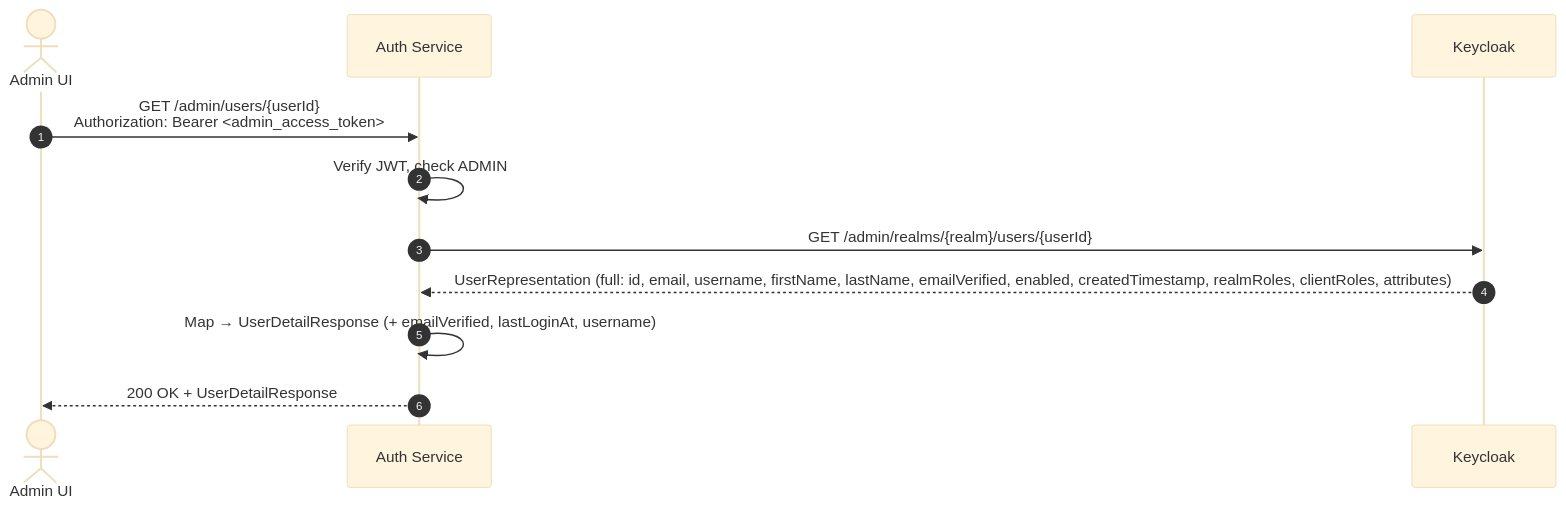
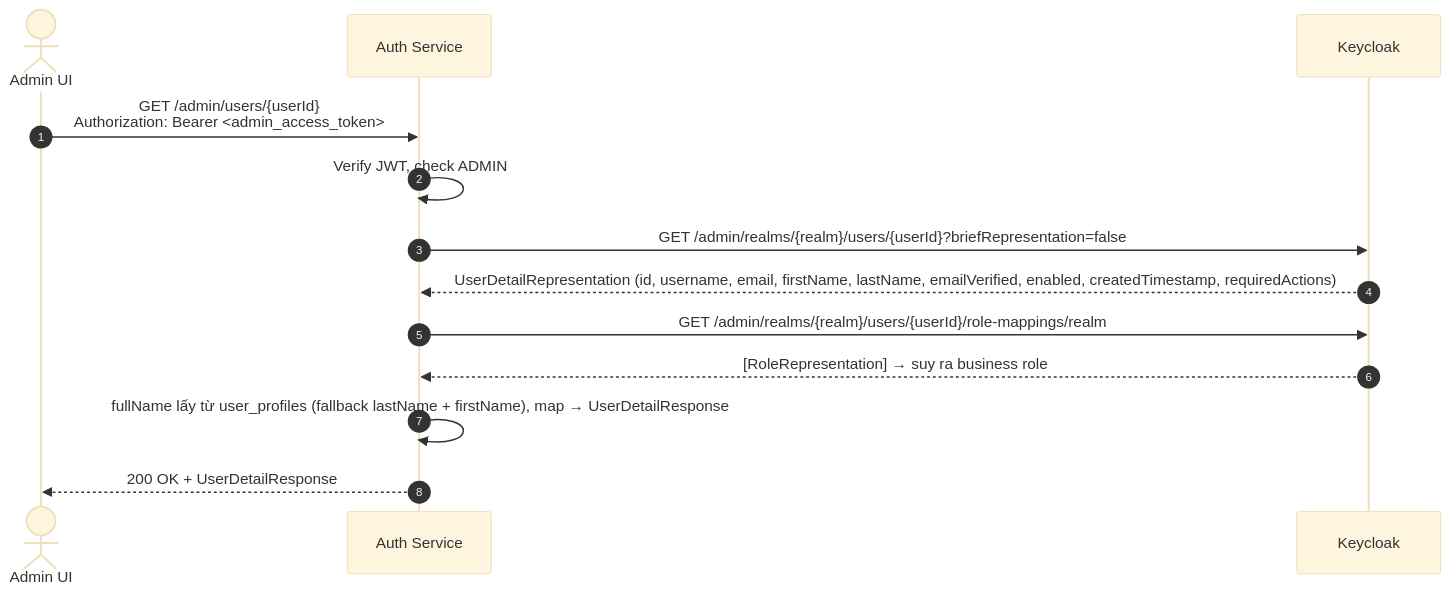
One commit to duymk123/EventHub changed the ninth of 13 diagrams in docs/architecture/auth-keycloak-flows.md. Above: the diagram before and after it, drawn with Mermaid (base theme). The commit also changed other lines of this file and 27 other files, not shown here.

````diff
--- a/docs/architecture/auth-keycloak-flows.md
+++ b/docs/architecture/auth-keycloak-flows.md
@@ -258,14 +276,16 @@
 ```mermaid
 sequenceDiagram
     autonumber
     actor FE as Admin UI
     participant AS as Auth Service
     participant KC as Keycloak
 
     FE->>AS: GET /admin/users/{userId}<br/>Authorization: Bearer <admin_access_token>
     AS->>AS: Verify JWT, check ADMIN
-    AS->>KC: GET /admin/realms/{realm}/users/{userId}
-    KC-->>AS: UserRepresentation (full: id, email, username, firstName, lastName, emailVerified, enabled, createdTimestamp, realmRoles, clientRoles, attributes)
-    AS->>AS: Map → UserDetailResponse (+ emailVerified, lastLoginAt, username)
+    AS->>KC: GET /admin/realms/{realm}/users/{userId}?briefRepresentation=false
+    KC-->>AS: UserDetailRepresentation (id, username, email, firstName, lastName, emailVerified, enabled, createdTimestamp, requiredActions)
+    AS->>KC: GET /admin/realms/{realm}/users/{userId}/role-mappings/realm
+    KC-->>AS: [RoleRepresentation] → suy ra business role
+    AS->>AS: fullName lấy từ user_profiles (fallback lastName + firstName), map → UserDetailResponse
     AS-->>FE: 200 OK + UserDetailResponse
 ```
````
